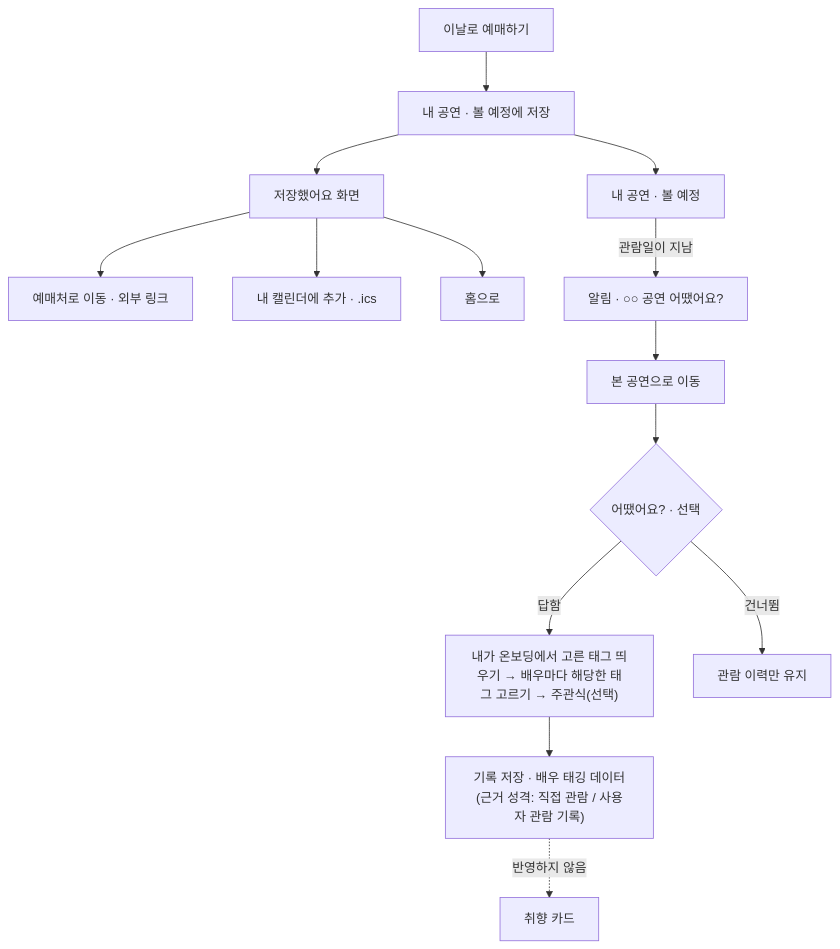
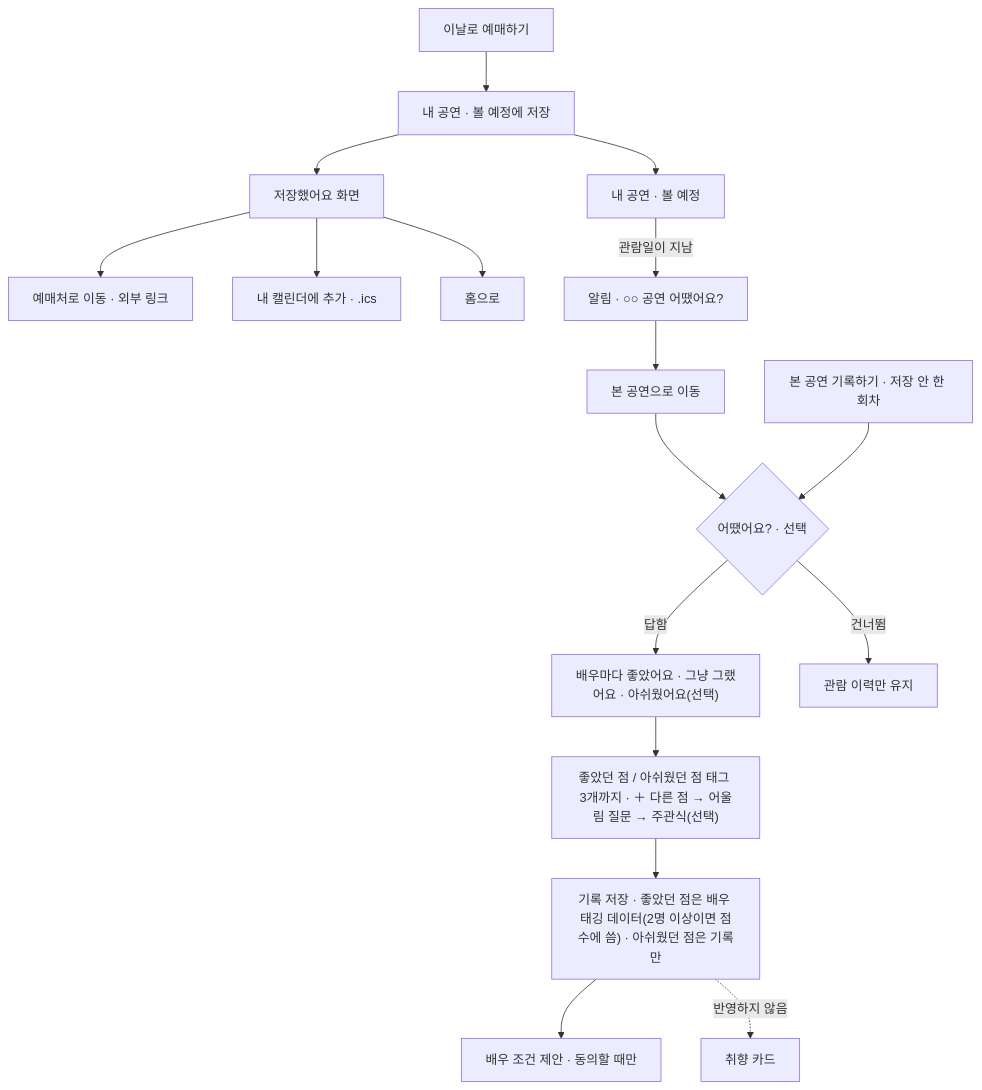
One commit to 2ma1995/pickle-src changed the eighth of 8 diagrams in docs/261027_2_MVP_사용자흐름.md. Above: the diagram before and after it, drawn with Mermaid. The commit also changed other lines of this file, not shown here.

First line of the commit message:
MVP 사용자 흐름 문서 v0.9 (문서만): 관람 후 배우별 평가·리뷰 태그 규칙·만족도 보완

````diff
--- a/docs/261027_2_MVP_사용자흐름.md
+++ b/docs/261027_2_MVP_사용자흐름.md
@@ -491,16 +512,19 @@
 ```mermaid
 flowchart TD
     BOOK["이날로 예매하기"] --> SAVE["내 공연 · 볼 예정에 저장"]
     SAVE --> DONE["저장했어요 화면"]
     DONE --> T["예매처로 이동 · 외부 링크"]
     DONE --> ICS["내 캘린더에 추가 · .ics"]
     DONE --> HOME["홈으로"]
     SAVE --> LIST["내 공연 · 볼 예정"]
     LIST -->|관람일이 지남| NOTI["알림 · ○○ 공연 어땠어요?"]
     NOTI --> SEEN["본 공연으로 이동"]
     SEEN --> MOOD{"어땠어요? · 선택"}
-    MOOD -->|답함| TAGS["내가 온보딩에서 고른 태그 띄우기 → 배우마다 해당한 태그 고르기 → 주관식(선택)"]
-    TAGS --> KEEP["기록 저장 · 배우 태깅 데이터(근거 성격: 직접 관람 / 사용자 관람 기록)"]
+    MOOD -->|답함| RATE["배우마다 좋았어요 · 그냥 그랬어요 · 아쉬웠어요(선택)"]
+    RATE --> TAGS["좋았던 점 / 아쉬웠던 점 태그 3개까지 · ＋ 다른 점 → 어울림 질문 → 주관식(선택)"]
+    TAGS --> KEEP["기록 저장 · 좋았던 점은 배우 태깅 데이터(2명 이상이면 점수에 씀) · 아쉬웠던 점은 기록만"]
+    KEEP --> SUG["배우 조건 제안 · 동의할 때만"]
     MOOD -->|건너뜀| KEEP2["관람 이력만 유지"]
     KEEP -.->|반영하지 않음| CARD["취향 카드"]
+    FREE["본 공연 기록하기 · 저장 안 한 회차"] --> MOOD
 ```
````
